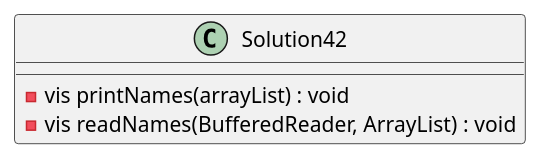
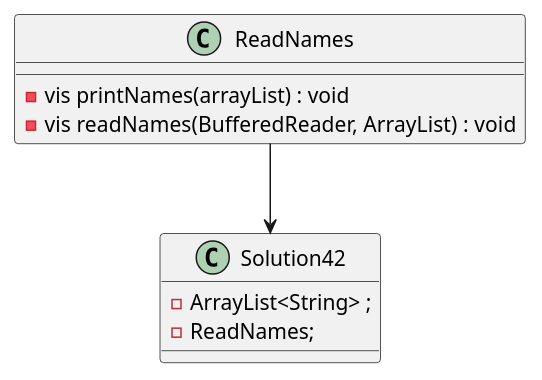
One commit to Dbug100/Murphy-a04 changed the diagram in exercise42/docs/classes.puml. Above: the diagram before and after it, drawn with PlantUML. The commit also changed 14 other files, not shown here.

Commit message:
oop priciples and uml fixes

```diff
--- a/exercise42/docs/classes.puml
+++ b/exercise42/docs/classes.puml
@@ -1,6 +1,12 @@
 @startuml
 class Solution42{
+    -ArrayList<String> ;
+    -ReadNames;
+}
+class ReadNames{
     -vis printNames(arrayList) : void
     -vis readNames(BufferedReader, ArrayList) : void
 }
+
+ReadNames --> Solution42
 @enduml
```
